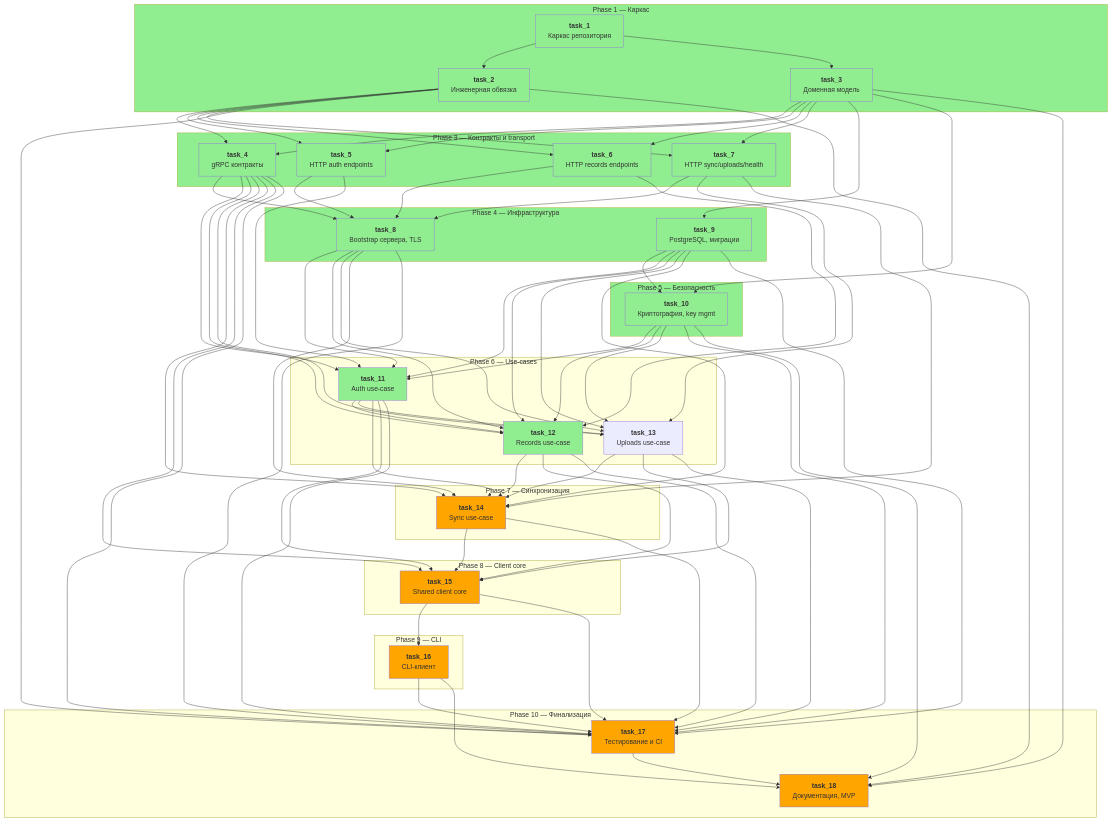
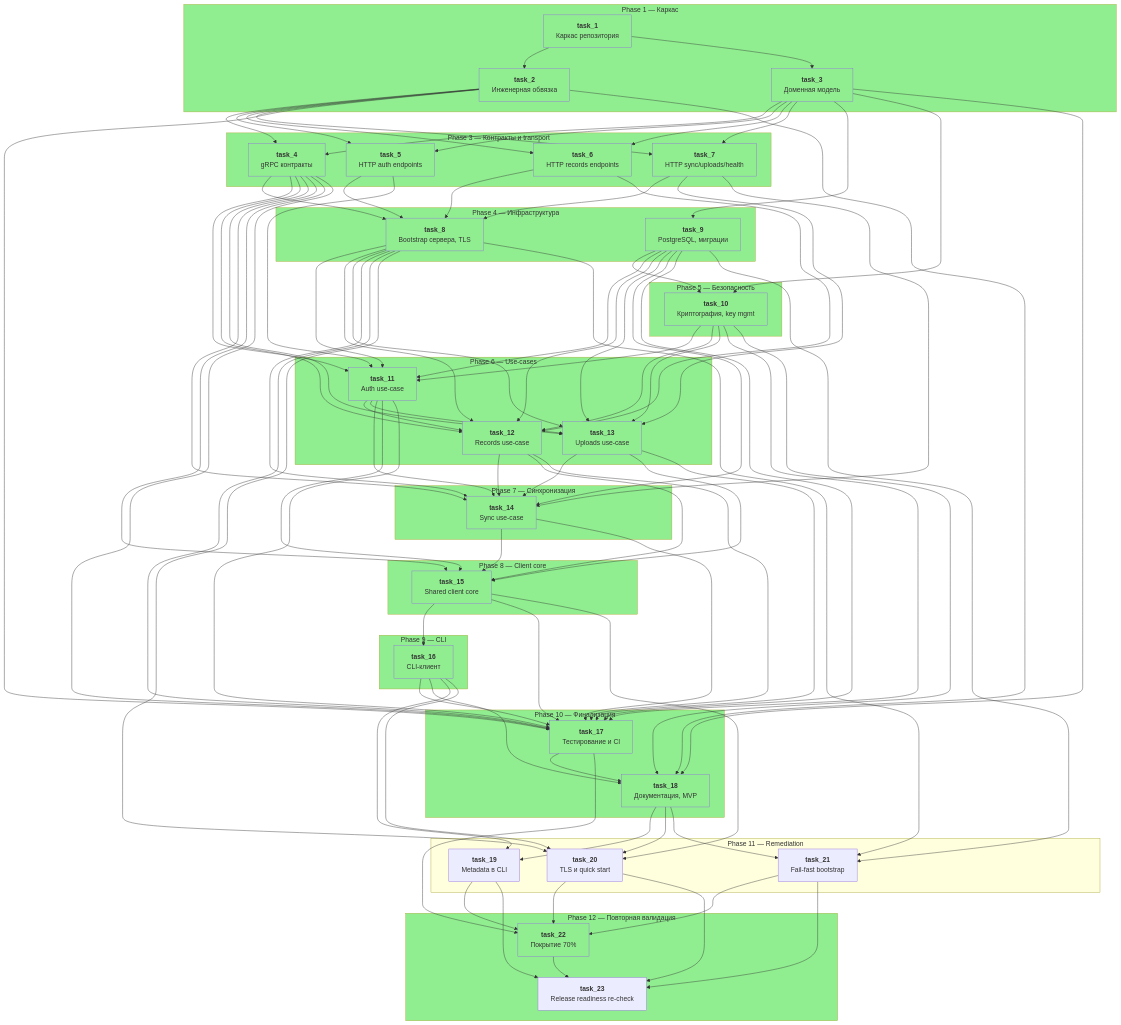
One commit to hydra13/gophkeeper changed the diagram in .memory-bank/steps.md. Above: the diagram before and after it, drawn with Mermaid. The commit also changed other lines of this file and 59 other files, not shown here.

````diff
--- a/.memory-bank/steps.md
+++ b/.memory-bank/steps.md
@@ -45,30 +45,49 @@
         T12["<b>task_12</b><br/>Records use-case"]
         T13["<b>task_13</b><br/>Uploads use-case"]
     end
+    class P6 completed
     class T11 completed
     class T12 completed
+    class T13 completed
 
     subgraph P7["Phase 7 — Синхронизация"]
         T14["<b>task_14</b><br/>Sync use-case"]
     end
-    class T14 crit
+    class P7 completed
+    class T14 completed
 
     subgraph P8["Phase 8 — Client core"]
         T15["<b>task_15</b><br/>Shared client core"]
     end
-    class T15 crit
+    class P8 completed
+    class T15 completed
 
     subgraph P9["Phase 9 — CLI"]
         T16["<b>task_16</b><br/>CLI-клиент"]
     end
-    class T16 crit
+    class P9 completed
+    class T16 completed
 
     subgraph P10["Phase 10 — Финализация"]
         T17["<b>task_17</b><br/>Тестирование и CI"]
         T18["<b>task_18</b><br/>Документация, MVP"]
     end
-    class T17 crit
-    class T18 crit
+    class P10 completed
+    class T17 completed
+    class T18 completed
+
+    subgraph P11["Phase 11 — Remediation"]
+        T19["<b>task_19</b><br/>Metadata в CLI"]
+        T20["<b>task_20</b><br/>TLS и quick start"]
+        T21["<b>task_21</b><br/>Fail-fast bootstrap"]
+    end
+
+    subgraph P12["Phase 12 — Повторная валидация"]
+        T22["<b>task_22</b><br/>Покрытие 70%"]
+        T23["<b>task_23</b><br/>Release readiness re-check"]
+    end
+    class P12 completed
+    class T22 completed
 
     %% Phase 1
     T1 --> T2
@@ -153,4 +172,28 @@
     T10 --> T18
     T16 --> T18
     T17 --> T18
+
+    %% Phase 11
+    T16 --> T19
+    T18 --> T19
+
+    T8 --> T20
+    T15 --> T20
+    T16 --> T20
+    T18 --> T20
+
+    T8 --> T21
+    T9 --> T21
+    T18 --> T21
+
+    %% Phase 12
+    T17 --> T22
+    T19 --> T22
+    T20 --> T22
+    T21 --> T22
+
+    T19 --> T23
+    T20 --> T23
+    T21 --> T23
+    T22 --> T23
 ```
````
